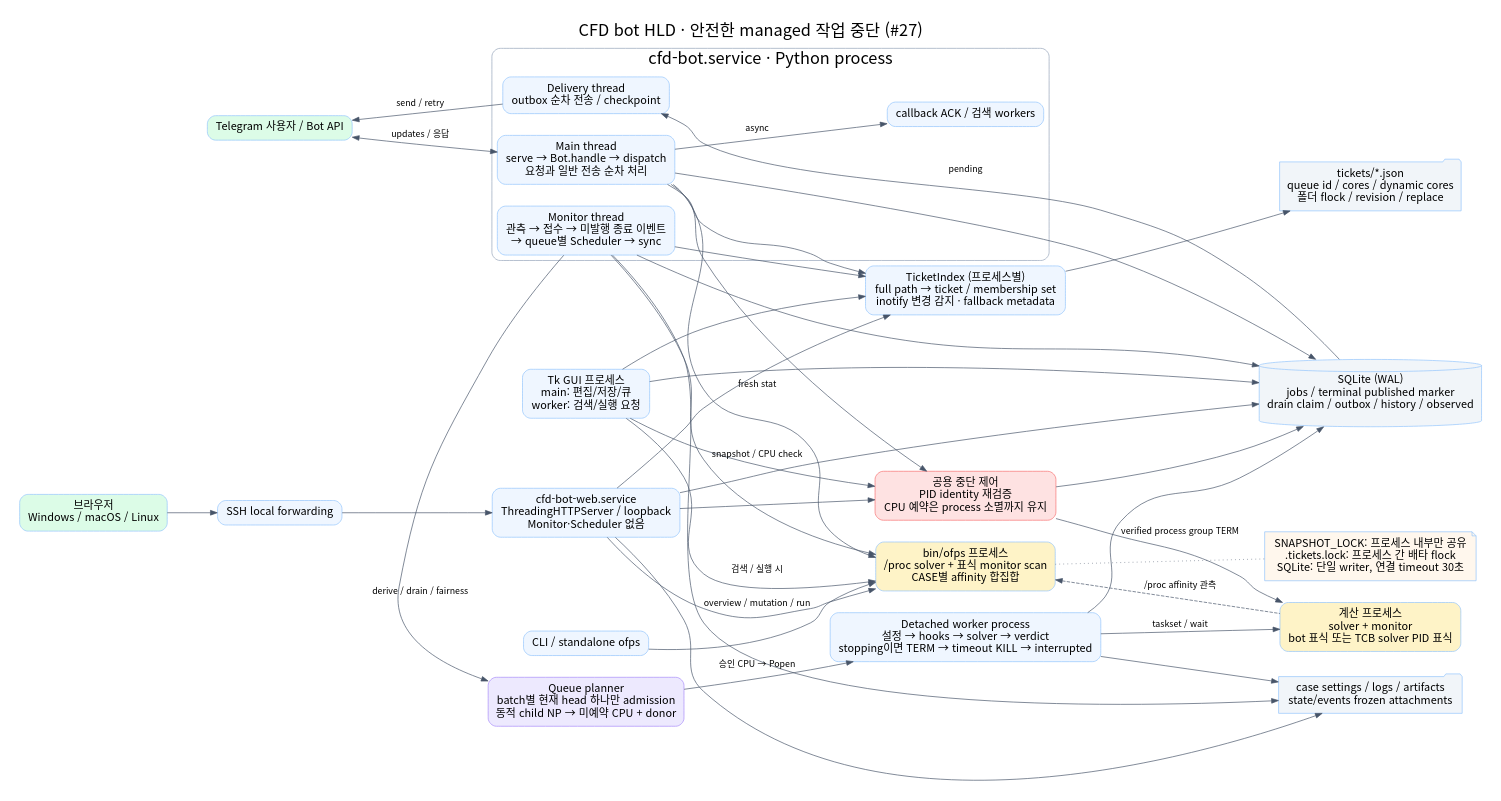
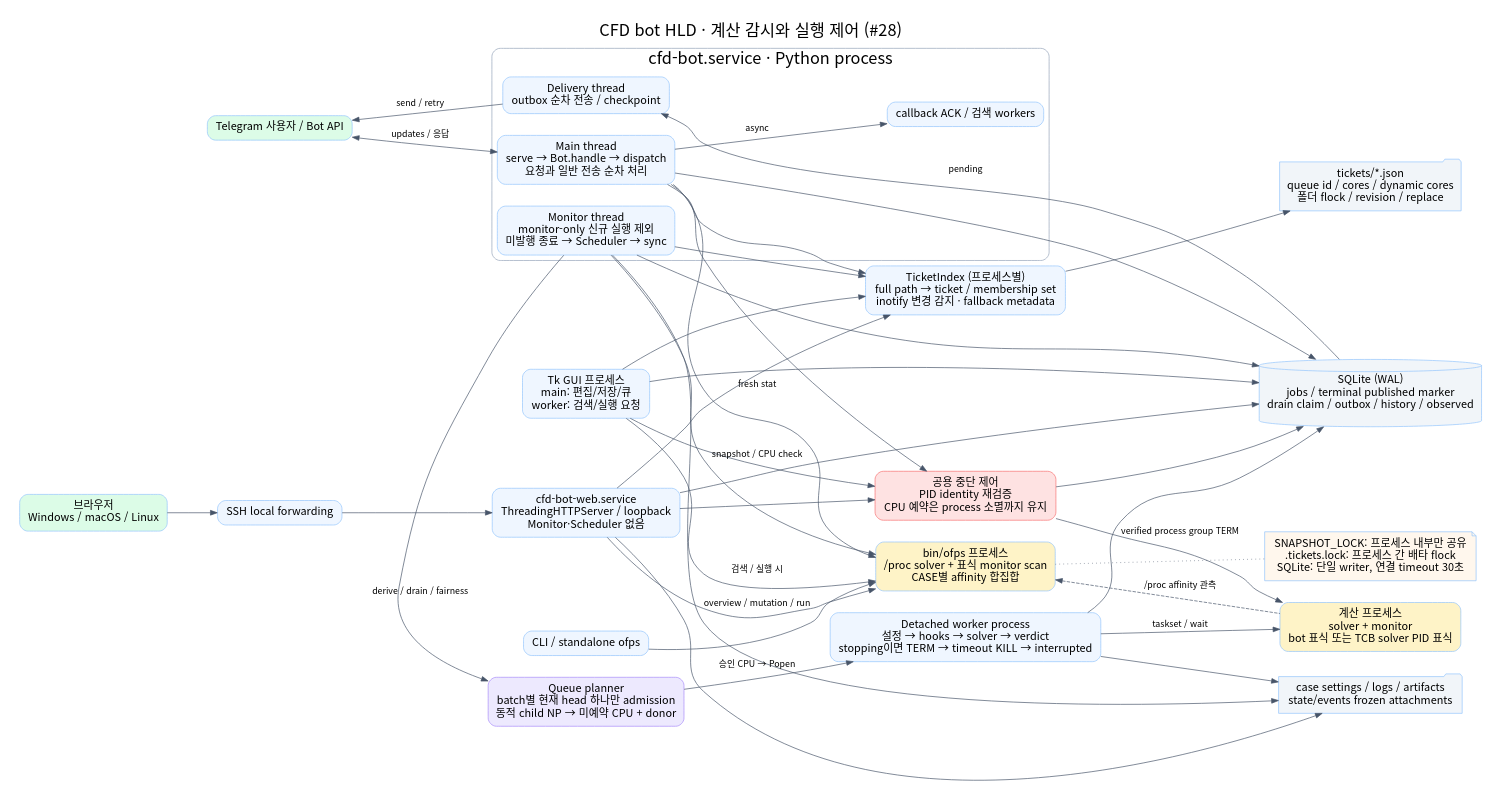
The diagram in docs/diagrams/system-hld.dot (jo0n-lab/cfd-bot), drawn with Graphviz before and after one commit. The commit also changed 19 other files, not shown here.

```diff
--- a/docs/diagrams/system-hld.dot
+++ b/docs/diagrams/system-hld.dot
@@ -1,45 +1,45 @@
 digraph system {
- graph [rankdir=LR,bgcolor="white",pad=0.3,nodesep=0.45,ranksep=0.8,fontname="Noto Sans CJK KR",fontsize=24,label="CFD bot HLD · 안전한 managed 작업 중단 (#27)",labelloc=t];
+ graph [rankdir=LR,bgcolor="white",pad=0.3,nodesep=0.45,ranksep=0.8,fontname="Noto Sans CJK KR",fontsize=24,label="CFD bot HLD · 계산 감시와 실행 제어 (#28)",labelloc=t];
  node [shape=box,style="rounded,filled",fillcolor="#eff6ff",color="#93c5fd",fontname="Noto Sans CJK KR",fontsize=16,margin="0.18,0.12"];
  edge [fontname="Noto Sans CJK KR",fontsize=13,color="#475569"];
  tg [label="Telegram 사용자 / Bot API",fillcolor="#dcfce7"];
  browser [label="브라우저\nWindows / macOS / Linux",fillcolor="#dcfce7"];
  ssh [label="SSH local forwarding"];
  gui [label="Tk GUI 프로세스\nmain: 편집/저장/큐\nworker: 검색/실행 요청"];
  cli [label="CLI / standalone ofps"];
  subgraph cluster_bot {
   label="cfd-bot.service · Python process";color="#94a3b8";style=rounded;
   main [label="Main thread\nserve → Bot.handle → dispatch\n요청과 일반 전송 순차 처리"];
-  mon [label="Monitor thread\n관측 → 접수 → 미발행 종료 이벤트\n→ queue별 Scheduler → sync"];
+  mon [label="Monitor thread\nmonitor-only 신규 실행 제외\n미발행 종료 → Scheduler → sync"];
   delivery [label="Delivery thread\noutbox 순차 전송 / checkpoint"];
   ack [label="callback ACK / 검색 workers"];
  }
  web [label="cfd-bot-web.service\nThreadingHTTPServer / loopback\nMonitor·Scheduler 없음"];
  scan [label="bin/ofps 프로세스\n/proc solver + 표식 monitor scan\nCASE별 affinity 합집합",fillcolor="#fef3c7"];
  worker [label="Detached worker process\n설정 → hooks → solver → verdict\nstopping이면 TERM → timeout KILL → interrupted"];
  calc [label="계산 프로세스\nsolver + monitor\nbot 표식 또는 TCB solver PID 표식",fillcolor="#fef3c7"];
  db [shape=cylinder,label="SQLite (WAL)\njobs / terminal published marker\ndrain claim / outbox / history / observed",fillcolor="#f1f5f9"];
  tickets [shape=folder,label="tickets/*.json\nqueue id / cores / dynamic cores\n폴더 flock / revision / replace",fillcolor="#f1f5f9"];
  files [shape=folder,label="case settings / logs / artifacts\nstate/events frozen attachments",fillcolor="#f1f5f9"];
  tg -> main [label="updates / 응답",dir=both];main -> ack [label="async"];
  browser -> ssh -> web;
  main -> scan [label="fresh stat"];
  mon -> scan [label="snapshot / CPU check"];
  web -> scan [label="overview / mutation / run"];
  gui -> scan [label="검색 / 실행 시"];
  cli -> scan;
  planner [label="Queue planner\nbatch별 현재 head 하나만 admission\n동적 child NP → 미예약 CPU + donor",fillcolor="#ede9fe",color="#a78bfa"];
  mon -> planner [label="derive / drain / fairness"];
  planner -> worker [label="승인 CPU → Popen"];
  worker -> calc [label="taskset / wait"];
  scan -> calc [label="/proc affinity 관측",style=dashed,dir=back];
  main -> db;mon -> db;web -> db;gui -> db;worker -> db;
  stop [label="공용 중단 제어\nPID identity 재검증\nCPU 예약은 process 소멸까지 유지",fillcolor="#fee2e2",color="#f87171"];
  main -> stop;web -> stop;gui -> stop;stop -> db;stop -> calc [label="verified process group TERM"];
  db -> delivery [label="pending"];delivery -> tg [label="send / retry"];
  index [label="TicketIndex (프로세스별)\nfull path → ticket / membership set\ninotify 변경 감지 · fallback metadata"];
  main -> index;mon -> index;web -> index;gui -> index;index -> tickets;
  worker -> files;mon -> files;web -> files;
  note [shape=note,label="SNAPSHOT_LOCK: 프로세스 내부만 공유\n.tickets.lock: 프로세스 간 배타 flock\nSQLite: 단일 writer, 연결 timeout 30초",fillcolor="#fff7ed"];
  scan -> note [style=dotted,arrowhead=none];
 }
```
